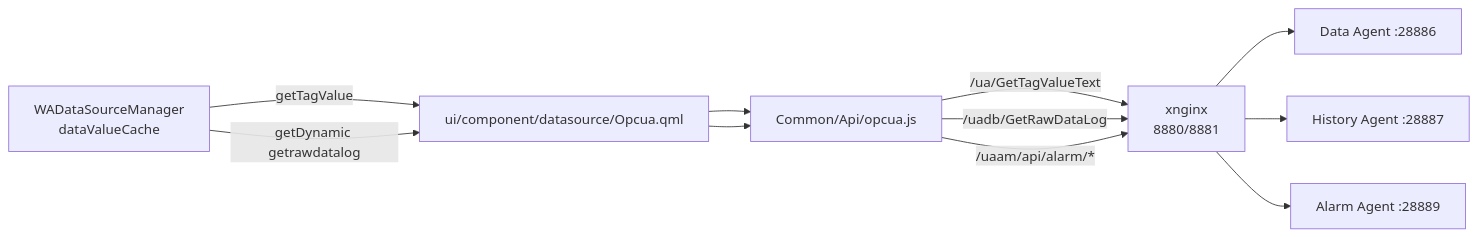
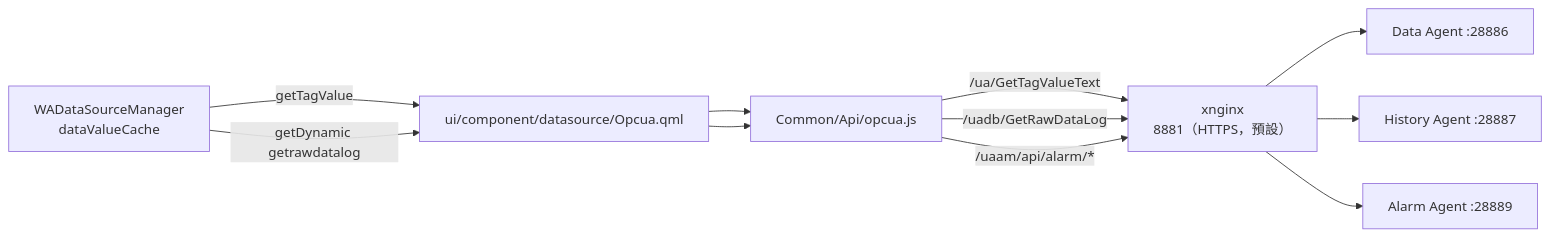
Before and after one commit to PochengChen-del/EdgeViewDoc: the sixth of 6 diagrams in SDS/03_Client_Design.md, drawn with Mermaid. The commit also changed other lines of this file and 9 other files, not shown here.

````diff
--- a/SDS/03_Client_Design.md
+++ b/SDS/03_Client_Design.md
@@ -436,17 +437,17 @@
 ```mermaid
 flowchart LR
     WDS["WADataSourceManager<br/>dataValueCache"]
     OQ["ui/component/datasource/Opcua.qml"]
     API["Common/Api/opcua.js"]
-    NG["xnginx<br/>8880/8881"]
+    NG["xnginx<br/>8881（HTTPS，預設）"]
     RT["Data Agent :28886"]
     HIS["History Agent :28887"]
     ALM["Alarm Agent :28889"]
 
     WDS -->|getTagValue| OQ --> API -->|/ua/GetTagValueText| NG
     WDS -->|getDynamic getrawdatalog| OQ --> API -->|/uadb/GetRawDataLog| NG
     API -->|/uaam/api/alarm/*| NG
     NG --> RT
     NG --> HIS
     NG --> ALM
 ```
````
